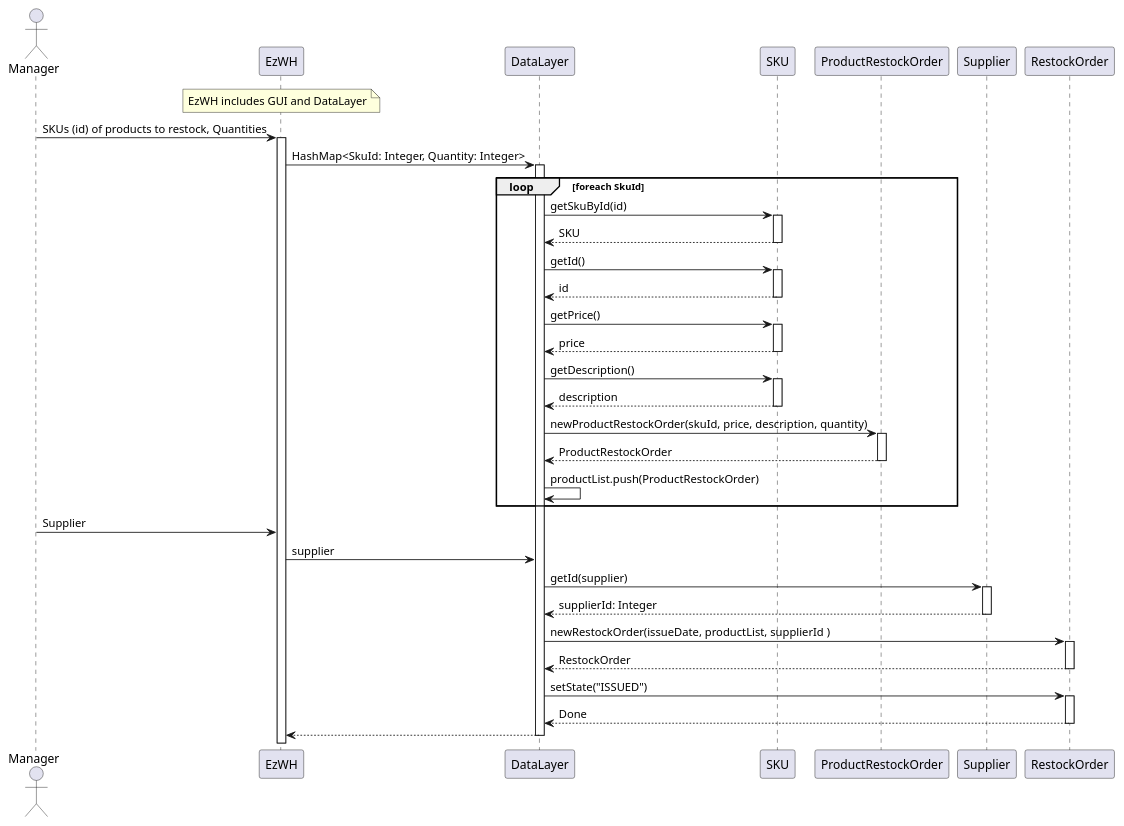
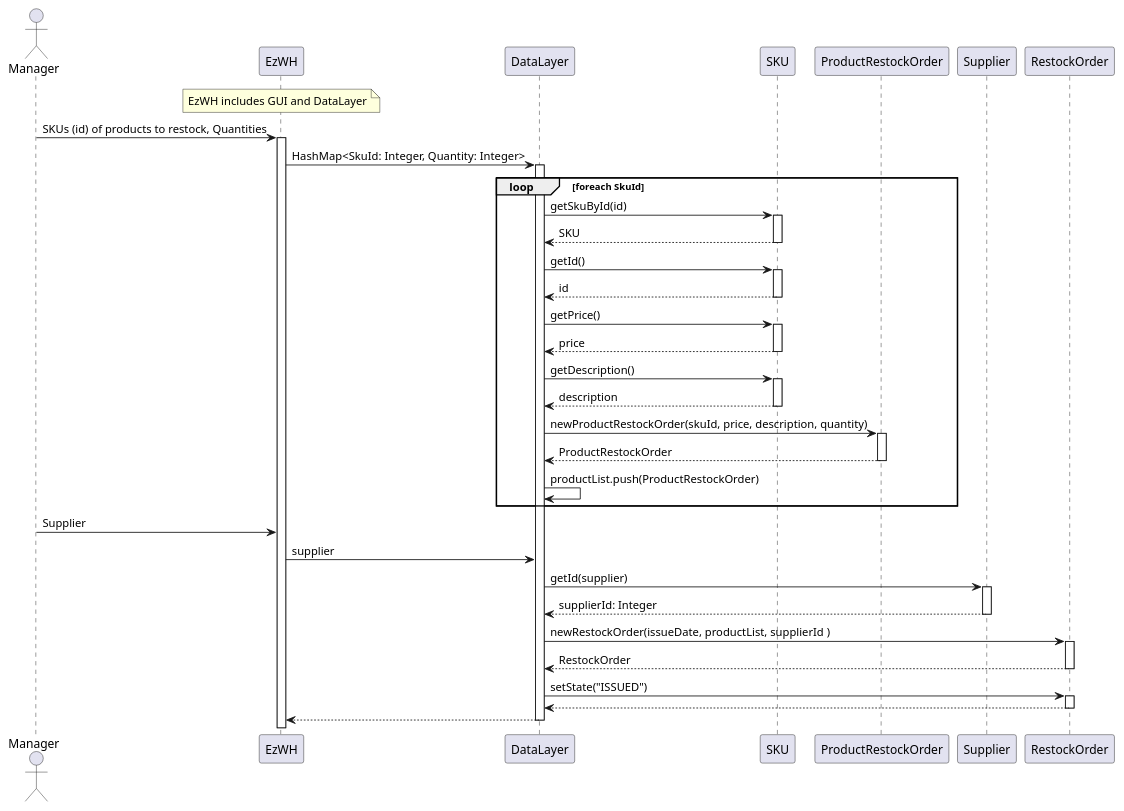
The third of 6 diagrams in DesignDocument.md (LucaFilippetti99/EzWh---Software-engineering-project), drawn with PlantUML before and after one commit. The commit also changed other lines of this file, not shown here.

Commit message:
Added Scenario 10-1 to sequence diagrams, fixed package diagram

````diff
--- a/DesignDocument.md
+++ b/DesignDocument.md
@@ -108,52 +106,52 @@
 ```plantuml
 
 actor Manager
 note over EzWH : EzWH includes GUI and DataLayer
 Manager -> EzWH : SKUs (id) of products to restock, Quantities
 
 activate EzWH
 EzWH -> DataLayer : HashMap<SkuId: Integer, Quantity: Integer>
 activate DataLayer
 
 loop foreach SkuId
   DataLayer -> SKU : getSkuById(id)
   activate SKU
   return SKU
 
   DataLayer -> SKU : getId()
   activate SKU
   return id
 
   DataLayer -> SKU : getPrice()
   activate SKU
   return price
 
   DataLayer -> SKU : getDescription()
   activate SKU
   return description
 
   DataLayer -> ProductRestockOrder : newProductRestockOrder(skuId, price, description, quantity)
   activate ProductRestockOrder
   return ProductRestockOrder
 
   DataLayer -> DataLayer : productList.push(ProductRestockOrder)
 
   end
 
 Manager -> EzWH : Supplier
 
 EzWH -> DataLayer : supplier
 DataLayer -> Supplier : getId(supplier)
 activate Supplier
 return supplierId: Integer
 
 DataLayer -> RestockOrder : newRestockOrder(issueDate, productList, supplierId )
 activate RestockOrder
 return RestockOrder
 
 DataLayer -> RestockOrder : setState("ISSUED")
 activate RestockOrder
-return Done
+return
 
 return
 ```
````
